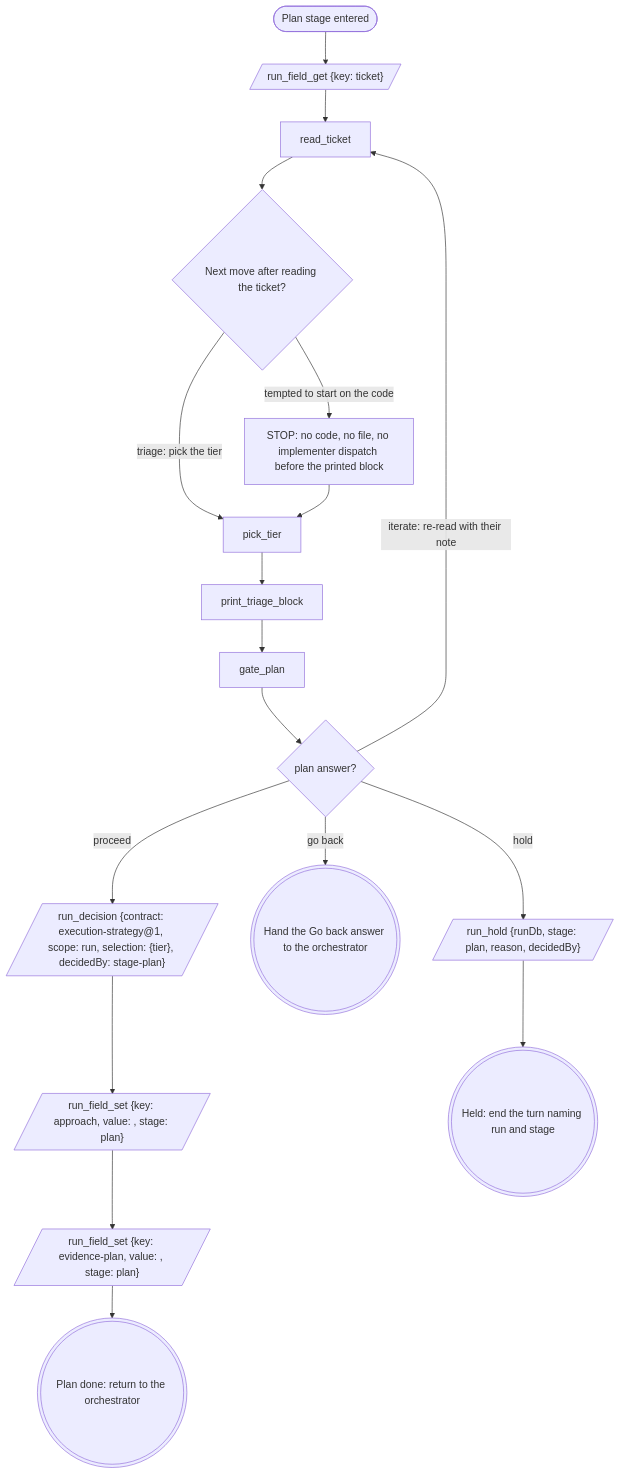
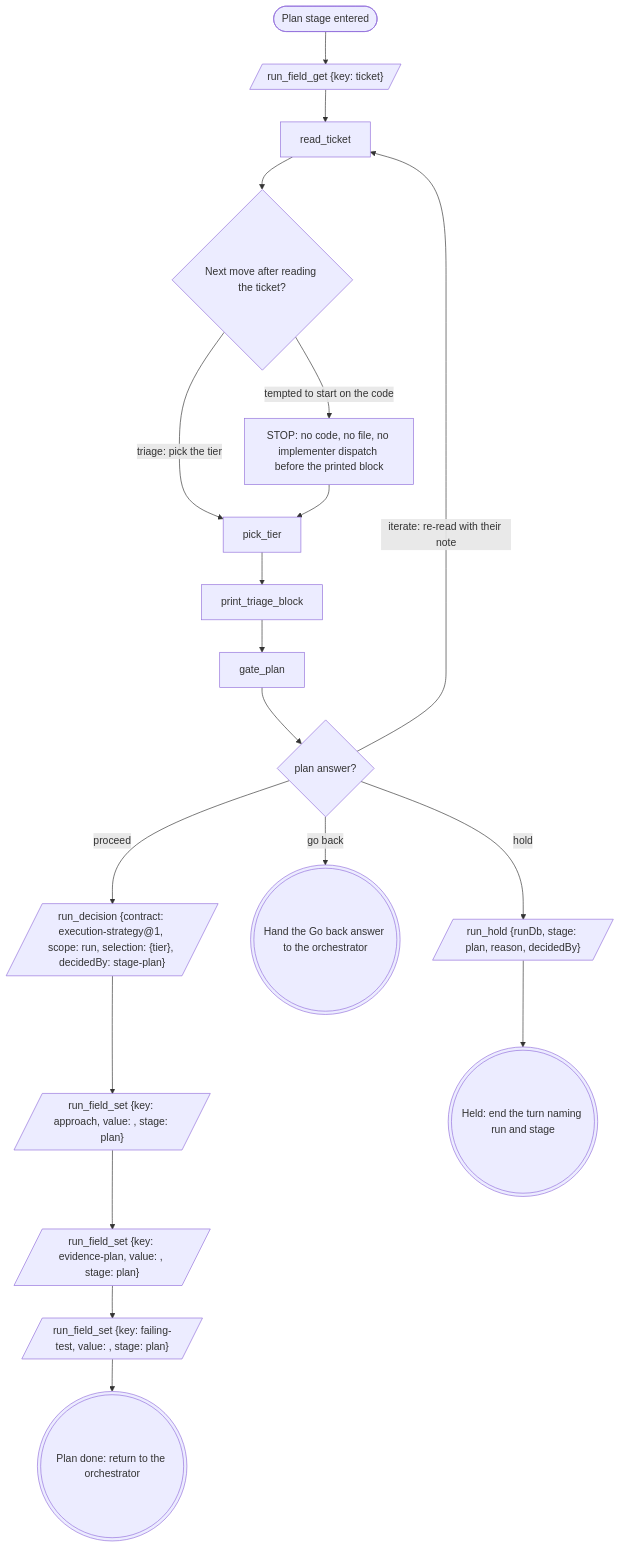
One commit to m4ttstack/mattstack changed the diagram in plugins/mattstack/attachments/pipeline/stage-plan/index.block.md. Above: the diagram before and after it, drawn with Mermaid. The commit also changed other lines of this file and 4 other files, not shown here.

First line of the commit message:
mattstack: keep the named failing test as a run field

````diff
--- a/plugins/mattstack/attachments/pipeline/stage-plan/index.block.md
+++ b/plugins/mattstack/attachments/pipeline/stage-plan/index.block.md
@@ -21,37 +21,39 @@
 ```mermaid
 flowchart TB
 %% name: plan
     plan_entered([Plan stage entered])
     run_field_get_ticket[/"run_field_get {key: ticket}"/]
     read_ticket
     next_move_after_ticket{Next move after reading the ticket?}
     stop_code_before_triage[STOP: no code, no file, no implementer dispatch before the printed block]:::stop
     pick_tier
     print_triage_block
     gate_plan
     plan_answer{plan answer?}
     run_decision_strategy[/"run_decision {contract: execution-strategy@1, scope: run, selection: {tier}, decidedBy: stage-plan}"/]
     run_field_set_approach[/"run_field_set {key: approach, value: <the recorded tier>, stage: plan}"/]
     run_field_set_evidence_plan[/"run_field_set {key: evidence-plan, value: <the EVIDENCE value>, stage: plan}"/]
+    run_field_set_failing_test[/"run_field_set {key: failing-test, value: <the FAILING TEST line, or none>, stage: plan}"/]
     hand_back_go_back(((Hand the Go back answer to the orchestrator)))
     run_hold[/"run_hold {runDb, stage: plan, reason, decidedBy}"/]
     held_end_turn(((Held: end the turn naming run and stage)))
     plan_done(((Plan done: return to the orchestrator))):::done
     plan_entered --> run_field_get_ticket
     run_field_get_ticket --> read_ticket
     read_ticket --> next_move_after_ticket
     next_move_after_ticket -->|triage: pick the tier| pick_tier
     next_move_after_ticket -->|tempted to start on the code| stop_code_before_triage
     stop_code_before_triage --> pick_tier
     pick_tier --> print_triage_block
     print_triage_block --> gate_plan
     gate_plan --> plan_answer
     plan_answer -->|proceed| run_decision_strategy
     plan_answer -->|iterate: re-read with their note| read_ticket
     plan_answer -->|go back| hand_back_go_back
     plan_answer -->|hold| run_hold
     run_hold --> held_end_turn
     run_decision_strategy --> run_field_set_approach
     run_field_set_approach --> run_field_set_evidence_plan
-    run_field_set_evidence_plan --> plan_done
+    run_field_set_evidence_plan --> run_field_set_failing_test
+    run_field_set_failing_test --> plan_done
 ```
````
